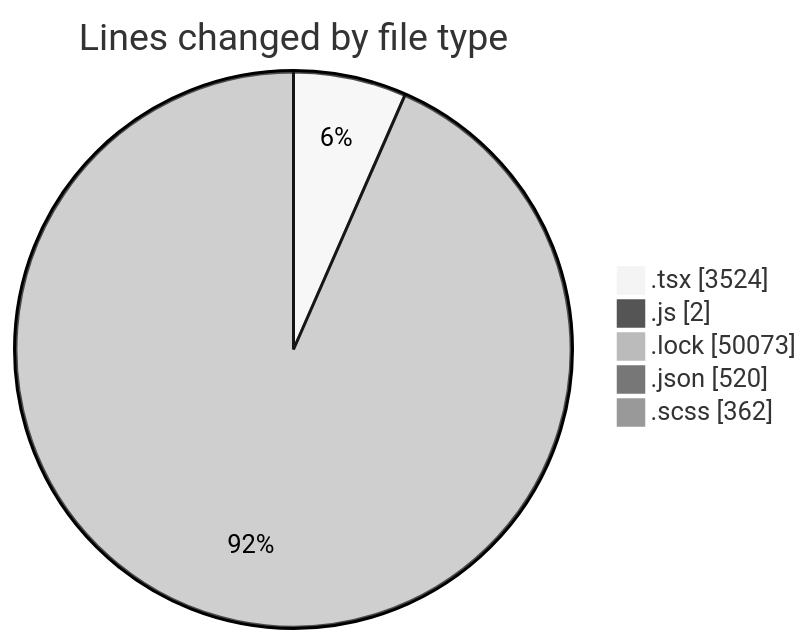
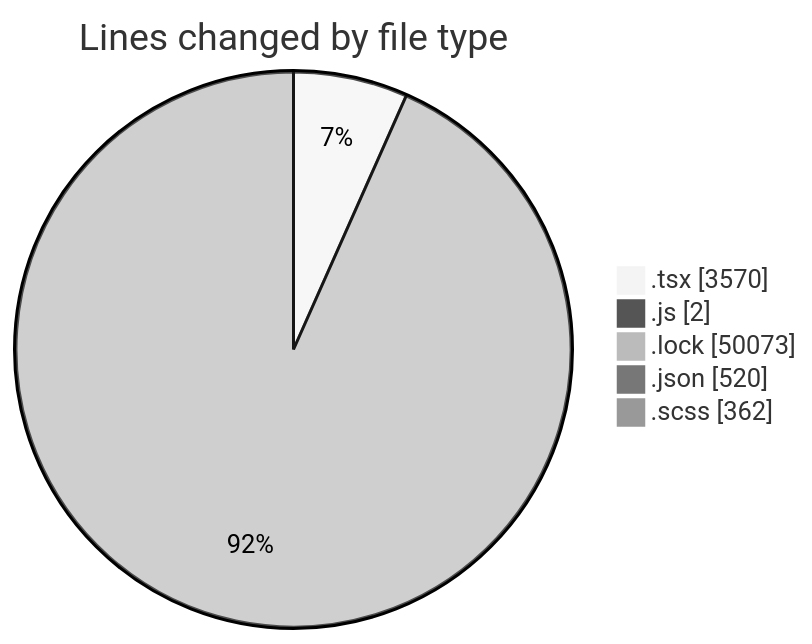
One commit to momahboobian/code-tracking changed the first of 2 diagrams in 2026-05-15/cda/README.md. Above: the diagram before and after it, drawn with Mermaid (neutral theme). The commit also changed other lines of this file and 1 other file, not shown here.

````diff
--- a/2026-05-15/cda/README.md
+++ b/2026-05-15/cda/README.md
@@ -47,9 +47,9 @@
 ```mermaid
 pie showData
 title Lines changed by file type
-".tsx" : 3524
+".tsx" : 3570
 ".js" : 2
 ".lock" : 50073
 ".json" : 520
 ".scss" : 362
 ```
````
